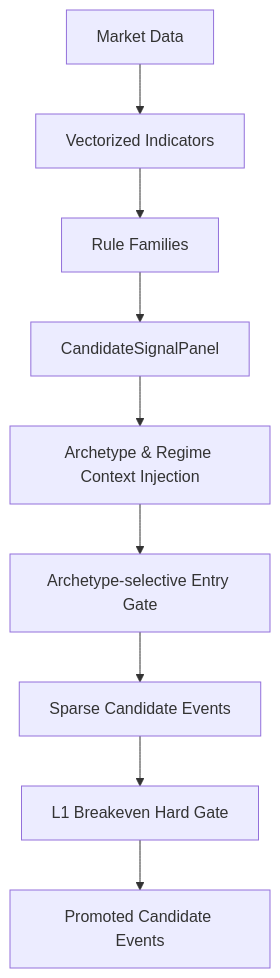
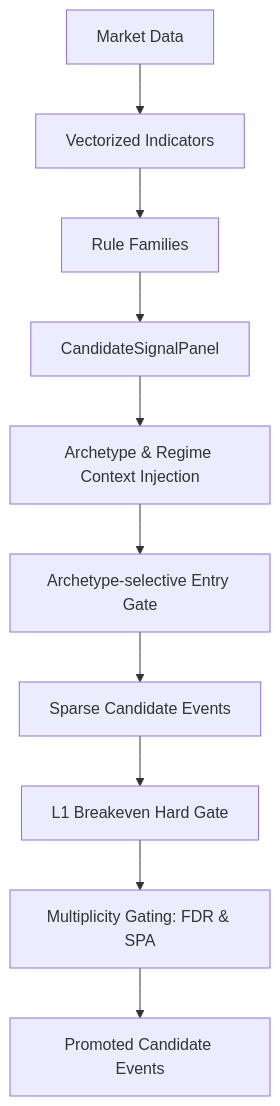
Before and after one commit to KTHYEONG/crypto-pilot: the diagram in docs/architecture/signal.md, drawn with Mermaid. The commit also changed other lines of this file and 5 other files, not shown here.

First line of the commit message:
feat(strategy): FDR 및 SPA 다중 비교 multiplicity gate 연동

````diff
--- a/docs/architecture/signal.md
+++ b/docs/architecture/signal.md
@@ -53,11 +64,12 @@
 ```mermaid
 graph TD
     A[Market Data] --> B[Vectorized Indicators]
     B --> C[Rule Families]
     C --> D[CandidateSignalPanel]
     D --> E[Archetype & Regime Context Injection]
     E --> F[Archetype-selective Entry Gate]
     F --> G[Sparse Candidate Events]
     G --> H[L1 Breakeven Hard Gate]
-    H --> I[Promoted Candidate Events]
+    H --> I[Multiplicity Gating: FDR & SPA]
+    I --> J[Promoted Candidate Events]
 ```
````
